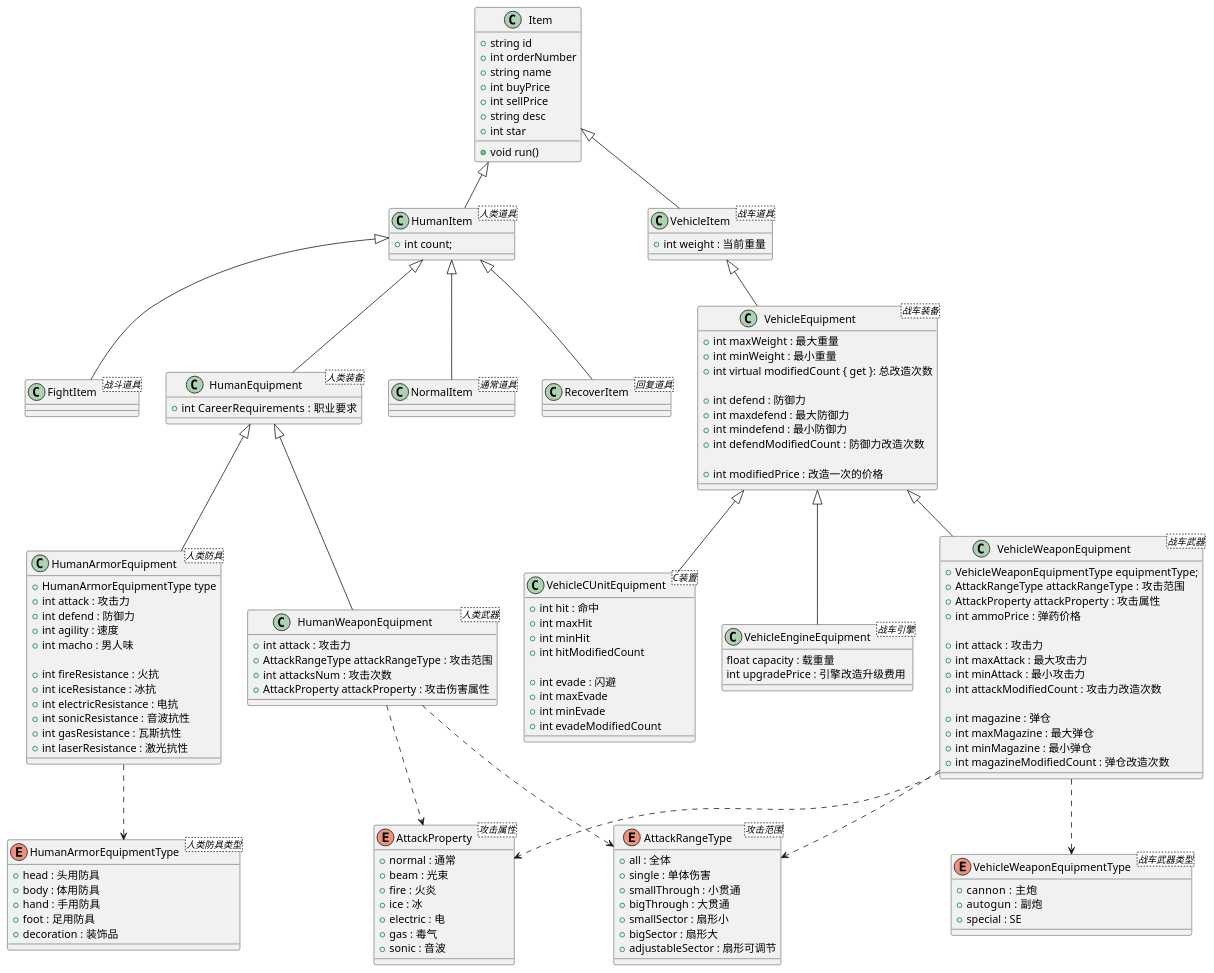
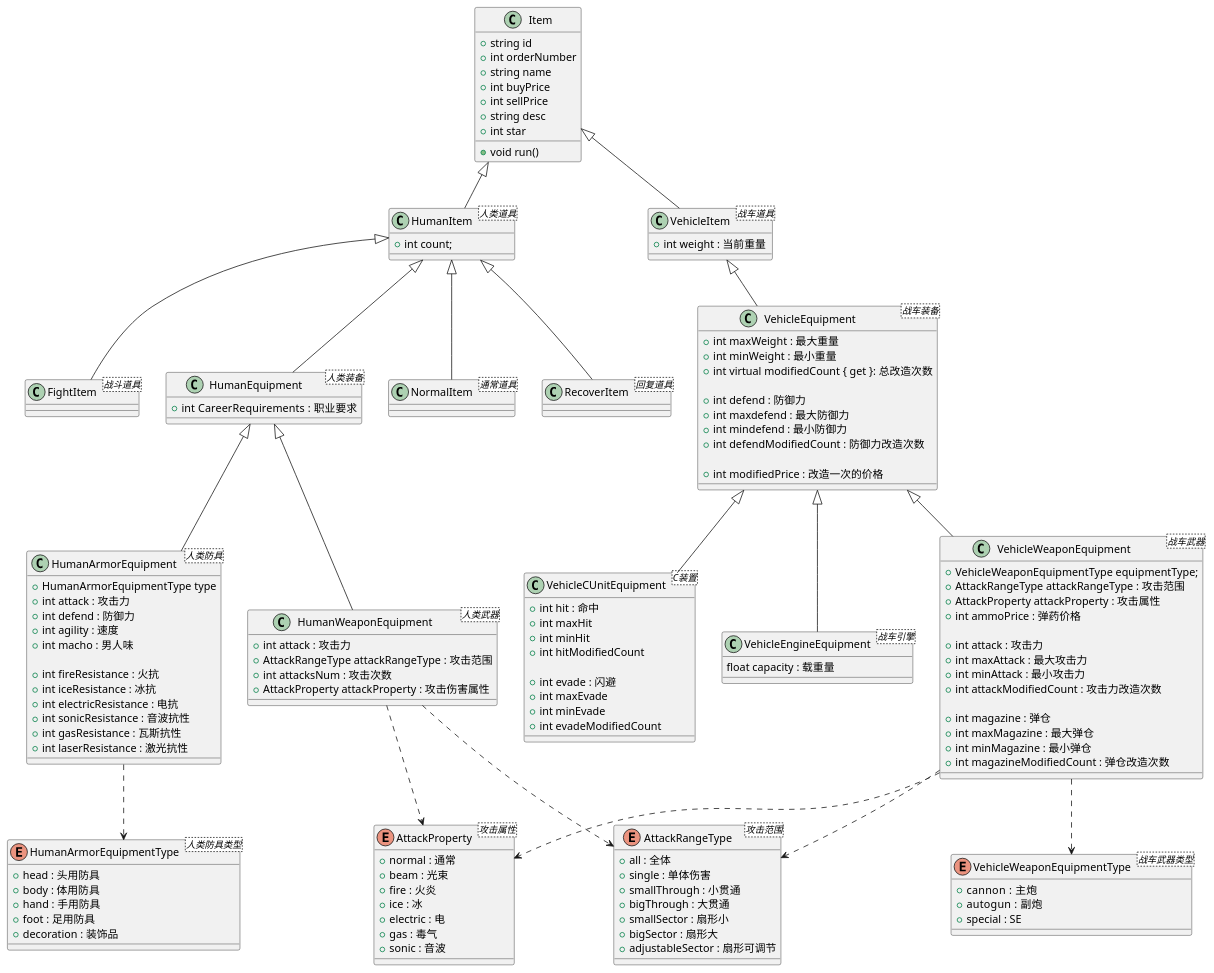
One commit to Finb/MMX changed the diagram in Docs/ClassDiagram/Item.pu. Above: the diagram before and after it, drawn with PlantUML.

Commit message:
调整类图

```diff
--- a/Docs/ClassDiagram/Item.pu
+++ b/Docs/ClassDiagram/Item.pu
@@ -1,172 +1,171 @@
 @startuml Item 
 Item <|-- HumanItem
 HumanItem <|-- NormalItem
 HumanItem <|-- RecoverItem
 HumanItem <|-- FightItem
 HumanItem <|-- HumanEquipment
 HumanEquipment <|-- HumanWeaponEquipment
 HumanWeaponEquipment ..>  AttackProperty
 HumanWeaponEquipment ..>  AttackRangeType
 HumanEquipment <|-- HumanArmorEquipment
 HumanArmorEquipment ..> HumanArmorEquipmentType
 
 Item <|-- VehicleItem
 VehicleItem <|-- VehicleEquipment
 VehicleEquipment <|-- VehicleWeaponEquipment
 VehicleWeaponEquipment ..>  AttackProperty
 VehicleWeaponEquipment ..>  AttackRangeType
 VehicleWeaponEquipment ..> VehicleWeaponEquipmentType
 VehicleEquipment <|-- VehicleCUnitEquipment
 VehicleEquipment <|-- VehicleEngineEquipment
 
 
 class Item 
 {
    + string id
    + int orderNumber
    + string name
    + int buyPrice
    + int sellPrice
    + string desc
    + int star
    + void run()
 }
 
 class HumanItem  <人类道具>
 {
     + int count;
 }
 class NormalItem <通常道具>
 {
     
 }
 class RecoverItem <回复道具>
 {
 
 }
 class FightItem <战斗道具>
 {
 
 }
 class HumanEquipment <人类装备>
 {
     + int CareerRequirements :  职业要求
 }
 class HumanWeaponEquipment <人类武器>
 {
 
     + int attack : 攻击力
     + AttackRangeType attackRangeType : 攻击范围
     + int attacksNum : 攻击次数
     + AttackProperty attackProperty : 攻击伤害属性
 }
 
 class HumanArmorEquipment <人类防具>
 {
     + HumanArmorEquipmentType type
     + int attack : 攻击力
     + int defend : 防御力
     + int agility : 速度
     + int macho : 男人味
 
     + int fireResistance : 火抗
     + int iceResistance : 冰抗
     + int electricResistance : 电抗
     + int sonicResistance : 音波抗性
     + int gasResistance : 瓦斯抗性
     + int laserResistance : 激光抗性
 }
 
 class VehicleItem <战车道具>
 {
     + int weight : 当前重量
 }
 
 class VehicleEquipment <战车装备>
 {
     + int maxWeight : 最大重量
     + int minWeight : 最小重量
     + int virtual modifiedCount { get }: 总改造次数 
 
     + int defend : 防御力
     + int maxdefend : 最大防御力
     + int mindefend : 最小防御力
     + int defendModifiedCount : 防御力改造次数
 
     + int modifiedPrice : 改造一次的价格
 }
 
 class VehicleWeaponEquipment <战车武器>
 {
     + VehicleWeaponEquipmentType equipmentType;
     + AttackRangeType attackRangeType : 攻击范围
     + AttackProperty attackProperty : 攻击属性
     + int ammoPrice : 弹药价格
 
     + int attack : 攻击力
     + int maxAttack : 最大攻击力
     + int minAttack : 最小攻击力
     + int attackModifiedCount : 攻击力改造次数
 
     + int magazine : 弹仓
     + int maxMagazine : 最大弹仓
     + int minMagazine : 最小弹仓
     + int magazineModifiedCount : 弹仓改造次数
 }
 
 class VehicleCUnitEquipment <C装置>
 {
     
     + int hit : 命中
     + int maxHit
     + int minHit
     + int hitModifiedCount
 
     + int evade : 闪避
     + int maxEvade
     + int minEvade
     + int evadeModifiedCount
 }
 
 class VehicleEngineEquipment <战车引擎>
 {
     float capacity : 载重量
-    int upgradePrice : 引擎改造升级费用
 }
 
 enum HumanArmorEquipmentType <人类防具类型>
 {
     + head : 头用防具
     + body : 体用防具
     + hand : 手用防具
     + foot : 足用防具
     + decoration : 装饰品
 }
 enum VehicleWeaponEquipmentType <战车武器类型>
 {
     + cannon  : 主炮
     + autogun  : 副炮
     + special : SE
 }
 enum AttackProperty <攻击属性>
 {
     + normal : 通常
     + beam : 光束
     + fire : 火炎
     + ice : 冰
     + electric : 电
     + gas : 毒气
     + sonic : 音波
 }
 enum AttackRangeType <攻击范围>
 {
     + all : 全体  
     + single : 单体伤害  
     + smallThrough : 小贯通  
     + bigThrough : 大贯通  
     + smallSector : 扇形小  
     + bigSector : 扇形大  
     + adjustableSector : 扇形可调节  
 }
 
 @enduml
```
